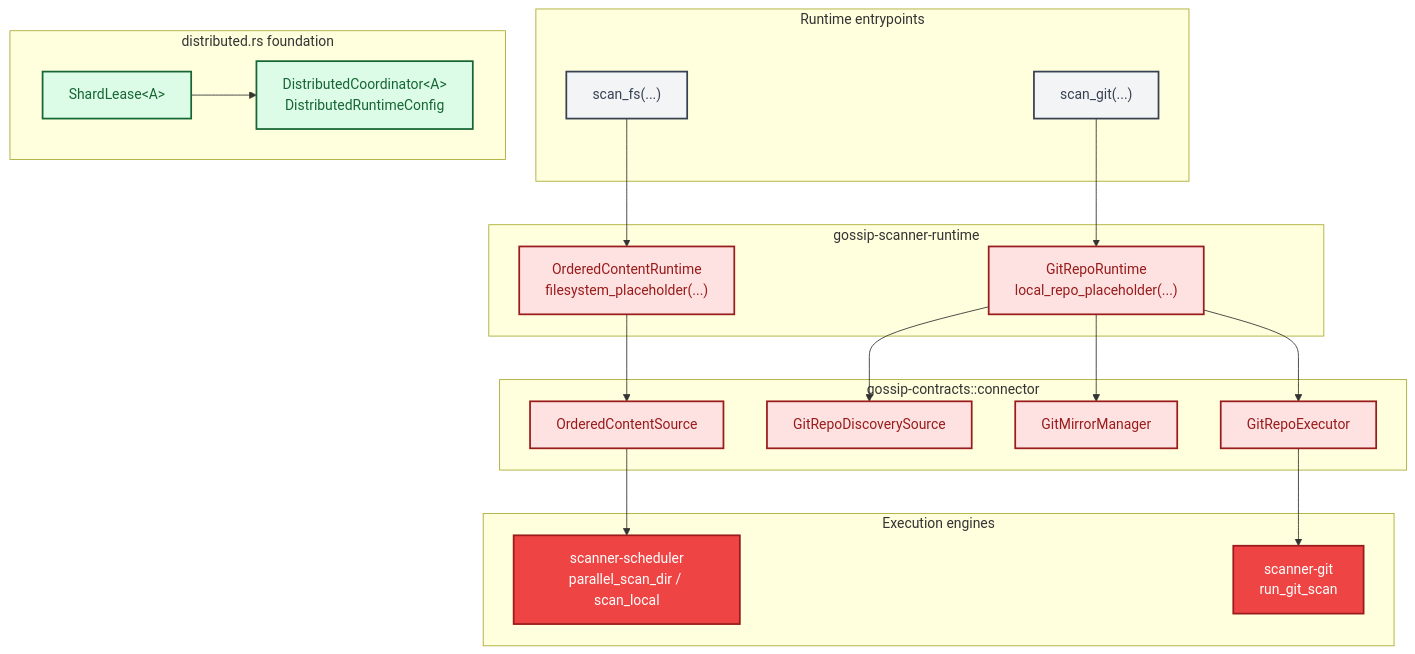
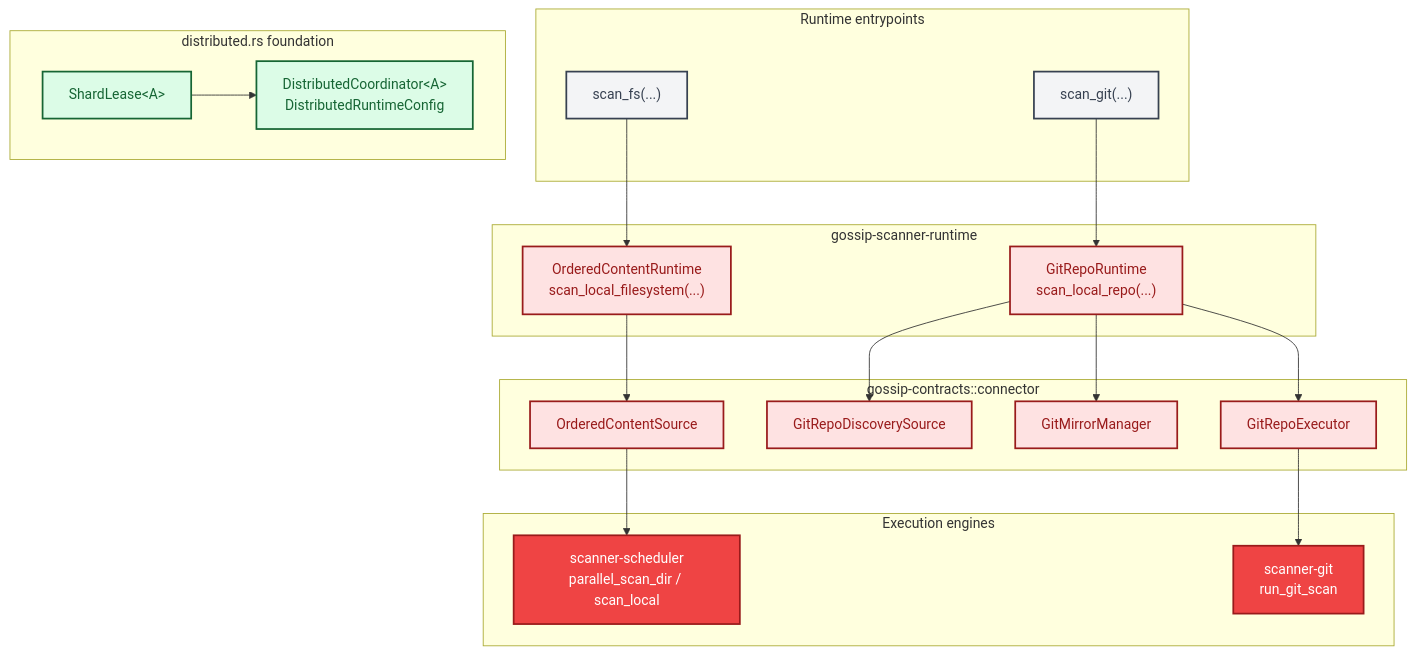
One commit to ahrav/Gossip-rs changed the second of 4 diagrams in diagrams/04-end-to-end-scan-flow.md. Above: the diagram before and after it, drawn with Mermaid. The commit also changed other lines of this file and 3 other files, not shown here.

````diff
--- a/diagrams/04-end-to-end-scan-flow.md
+++ b/diagrams/04-end-to-end-scan-flow.md
@@ -77,55 +76,55 @@
 ```mermaid
 %% Diagram: family-runtime-surface
 graph TD
     subgraph EntryPoints["Runtime entrypoints"]
         FS["scan_fs(...)"]
         GIT["scan_git(...)"]
     end
 
     subgraph Runtime["gossip-scanner-runtime"]
-        OC["OrderedContentRuntime<br/>filesystem_placeholder(...)"]
-        GR["GitRepoRuntime<br/>local_repo_placeholder(...)"]
+        OC["OrderedContentRuntime<br/>scan_local_filesystem(...)"]
+        GR["GitRepoRuntime<br/>scan_local_repo(...)"]
     end
 
     subgraph Distributed["distributed.rs foundation"]
         DIST["ShardLease&lt;A&gt;"]
         DF["DistributedCoordinator&lt;A&gt;<br/>DistributedRuntimeConfig"]
     end
 
     subgraph Contracts["gossip-contracts::connector"]
         OCS["OrderedContentSource"]
         GDS["GitRepoDiscoverySource"]
         GMM["GitMirrorManager"]
         GRE["GitRepoExecutor"]
     end
 
     subgraph Engines["Execution engines"]
         SCHED["scanner-scheduler<br/>parallel_scan_dir / scan_local"]
         SGIT["scanner-git<br/>run_git_scan"]
     end
 
     FS --> OC
     GIT --> GR
     DIST --> DF
 
     OC --> OCS
     GR --> GDS
     GR --> GMM
     GR --> GRE
 
     OCS --> SCHED
     GRE --> SGIT
 
     style FS fill:#F3F4F6,stroke:#374151,stroke-width:2px,color:#374151
     style GIT fill:#F3F4F6,stroke:#374151,stroke-width:2px,color:#374151
     style DIST fill:#DCFCE7,stroke:#166534,stroke-width:2px,color:#166534
     style OC fill:#FEE2E2,stroke:#991B1B,stroke-width:2px,color:#991B1B
     style GR fill:#FEE2E2,stroke:#991B1B,stroke-width:2px,color:#991B1B
     style DF fill:#DCFCE7,stroke:#166534,stroke-width:2px,color:#166534
     style OCS fill:#FEE2E2,stroke:#991B1B,stroke-width:2px,color:#991B1B
     style GDS fill:#FEE2E2,stroke:#991B1B,stroke-width:2px,color:#991B1B
     style GMM fill:#FEE2E2,stroke:#991B1B,stroke-width:2px,color:#991B1B
     style GRE fill:#FEE2E2,stroke:#991B1B,stroke-width:2px,color:#991B1B
     style SCHED fill:#EF4444,stroke:#991B1B,stroke-width:2px,color:#FFFFFF
     style SGIT fill:#EF4444,stroke:#991B1B,stroke-width:2px,color:#FFFFFF
 ```
````
